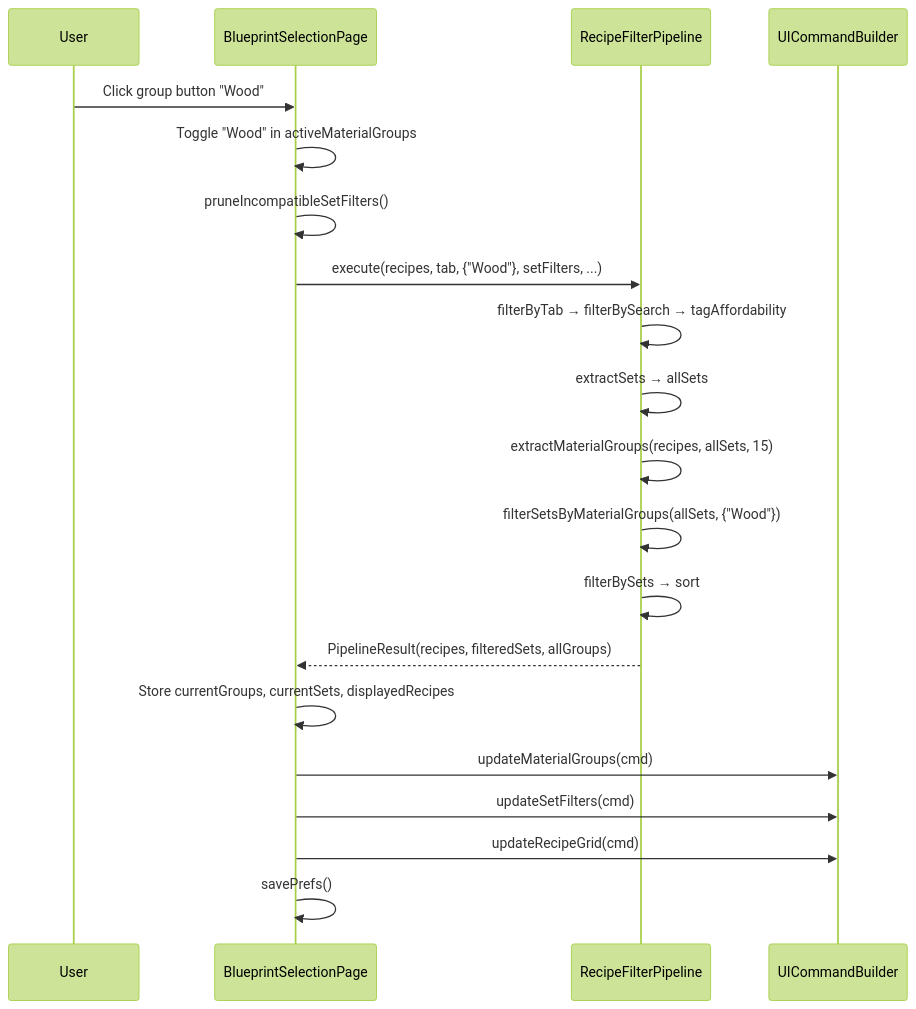
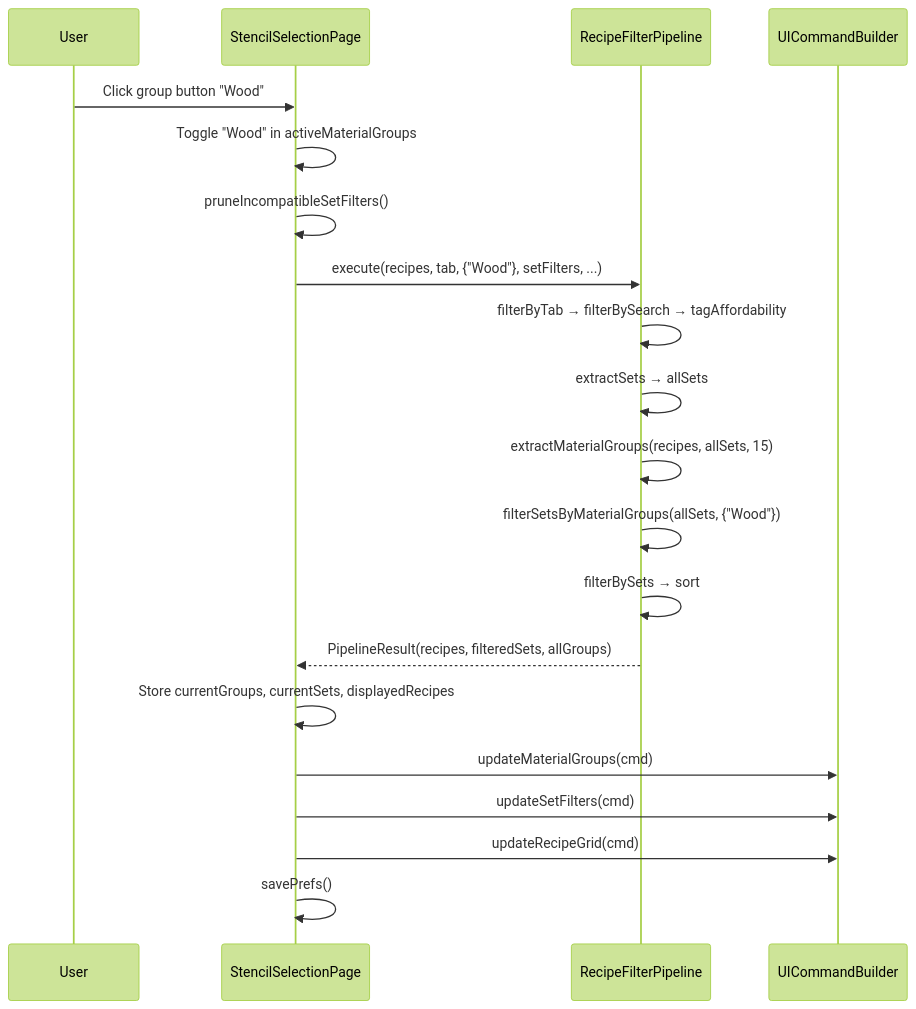
The third of 3 diagrams in docs/Plans/design-material-group-pre-filter.md (TheCodeCreature/Hytale-Example-Plugin), drawn with Mermaid (forest theme) before and after one commit. The commit also changed other lines of this file and 289 other files, not shown here.

````diff
--- a/docs/Plans/design-material-group-pre-filter.md
+++ b/docs/Plans/design-material-group-pre-filter.md
@@ -85,23 +85,23 @@
 ```mermaid
 sequenceDiagram
     participant U as User
-    participant P as BlueprintSelectionPage
+    participant P as StencilSelectionPage
     participant Pipe as RecipeFilterPipeline
     participant UI as UICommandBuilder
 
     U->>P: Click group button "Wood"
     P->>P: Toggle "Wood" in activeMaterialGroups
     P->>P: pruneIncompatibleSetFilters()
     P->>Pipe: execute(recipes, tab, {"Wood"}, setFilters, ...)
     Pipe->>Pipe: filterByTab → filterBySearch → tagAffordability
     Pipe->>Pipe: extractSets → allSets
     Pipe->>Pipe: extractMaterialGroups(recipes, allSets, 15)
     Pipe->>Pipe: filterSetsByMaterialGroups(allSets, {"Wood"})
     Pipe->>Pipe: filterBySets → sort
     Pipe-->>P: PipelineResult(recipes, filteredSets, allGroups)
     P->>P: Store currentGroups, currentSets, displayedRecipes
     P->>UI: updateMaterialGroups(cmd)
     P->>UI: updateSetFilters(cmd)
     P->>UI: updateRecipeGrid(cmd)
     P->>P: savePrefs()
 ```
````
